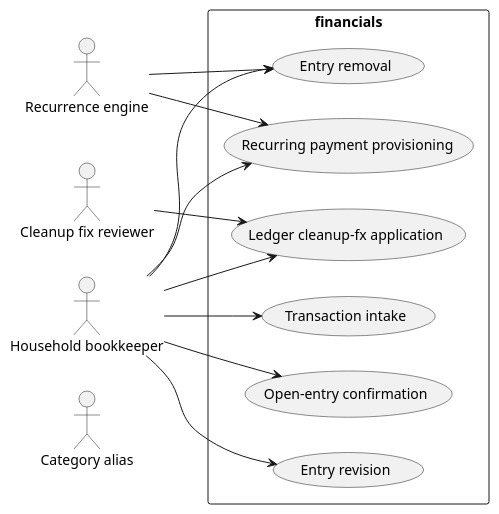
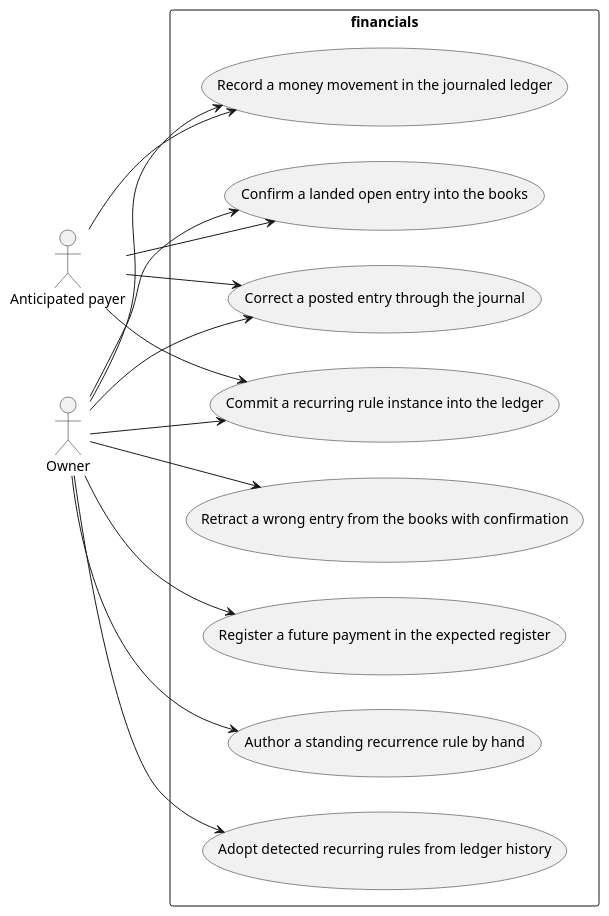
One commit to archiku-org/website changed the diagram in case-study/financials/assets/use-case.puml. Above: the diagram before and after it, drawn with PlantUML. The commit also changed 1468 other files, not shown here.

```diff
--- a/case-study/financials/assets/use-case.puml
+++ b/case-study/financials/assets/use-case.puml
@@ -1,33 +1,36 @@
 @startuml
 left to right direction
 ' Use-case map of vault project 'financials' — PlantUML source.
-' Actors: 4 · Processes: 6 · Associations: 9
+' Actors: 2 · Processes: 8 · Associations: 12
 
 ' Actors
-:Category alias:
-:Recurrence engine:
-:Cleanup fix reviewer:
-:Household bookkeeper:
+:Anticipated payer:
+:Owner:
 
 ' Processes
 rectangle "financials" {
-  (Transaction intake)
-  (Open-entry confirmation)
-  (Entry revision)
-  (Entry removal)
-  (Recurring payment provisioning)
-  (Ledger cleanup-fx application)
+  (Record a money movement in the journaled ledger)
+  (Register a future payment in the expected register)
+  (Confirm a landed open entry into the books)
+  (Correct a posted entry through the journal)
+  (Commit a recurring rule instance into the ledger)
+  (Author a standing recurrence rule by hand)
+  (Adopt detected recurring rules from ledger history)
+  (Retract a wrong entry from the books with confirmation)
 }
 
 ' Actor associations (actor --> process it acts-in)
-:Recurrence engine: --> (Entry removal)
-:Recurrence engine: --> (Recurring payment provisioning)
-:Cleanup fix reviewer: --> (Ledger cleanup-fx application)
-:Household bookkeeper: --> (Transaction intake)
-:Household bookkeeper: --> (Open-entry confirmation)
-:Household bookkeeper: --> (Entry revision)
-:Household bookkeeper: --> (Entry removal)
-:Household bookkeeper: --> (Recurring payment provisioning)
-:Household bookkeeper: --> (Ledger cleanup-fx application)
+:Anticipated payer: --> (Record a money movement in the journaled ledger)
+:Anticipated payer: --> (Confirm a landed open entry into the books)
+:Anticipated payer: --> (Correct a posted entry through the journal)
+:Anticipated payer: --> (Commit a recurring rule instance into the ledger)
+:Owner: --> (Record a money movement in the journaled ledger)
+:Owner: --> (Register a future payment in the expected register)
+:Owner: --> (Confirm a landed open entry into the books)
+:Owner: --> (Correct a posted entry through the journal)
+:Owner: --> (Retract a wrong entry from the books with confirmation)
+:Owner: --> (Adopt detected recurring rules from ledger history)
+:Owner: --> (Commit a recurring rule instance into the ledger)
+:Owner: --> (Author a standing recurrence rule by hand)
 
 @enduml
```
